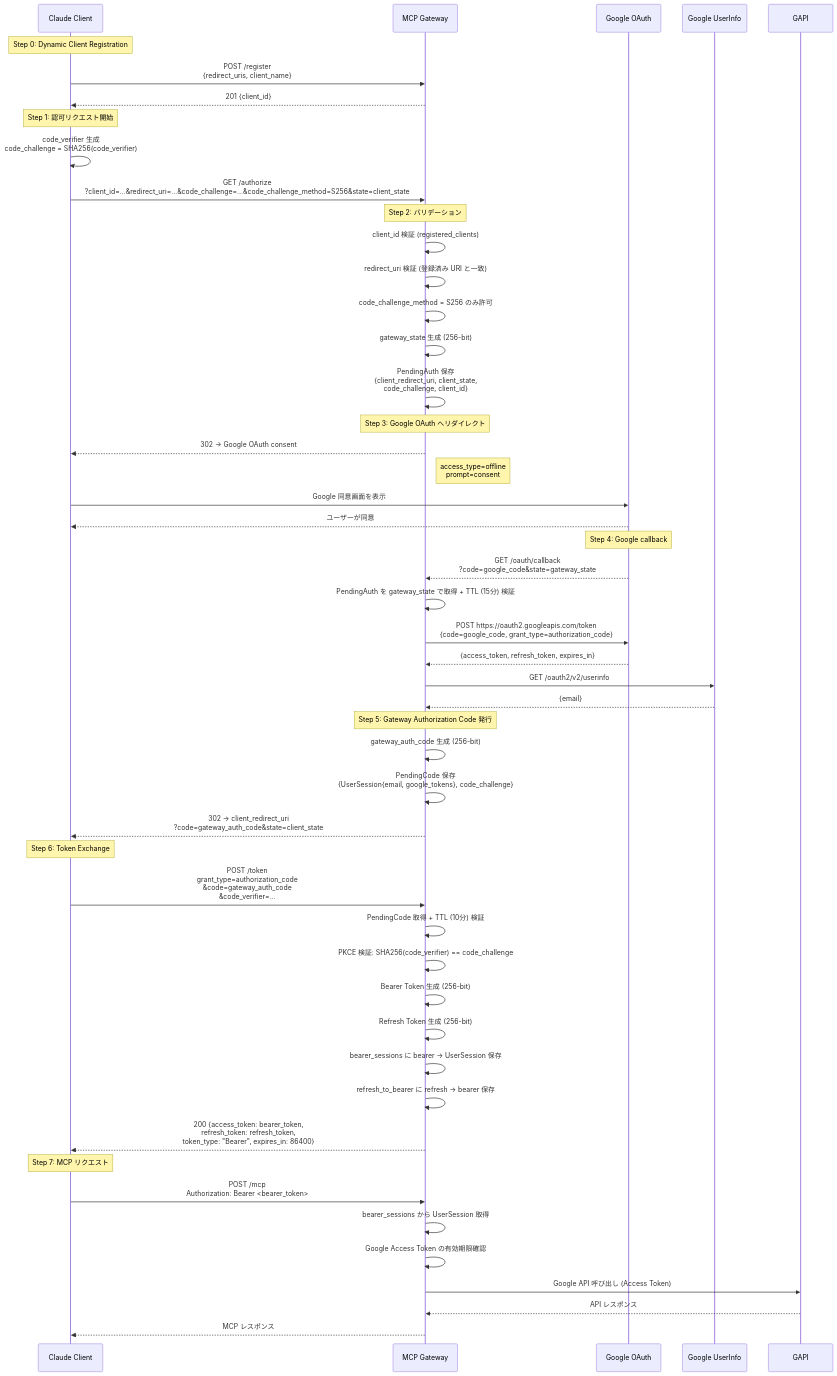
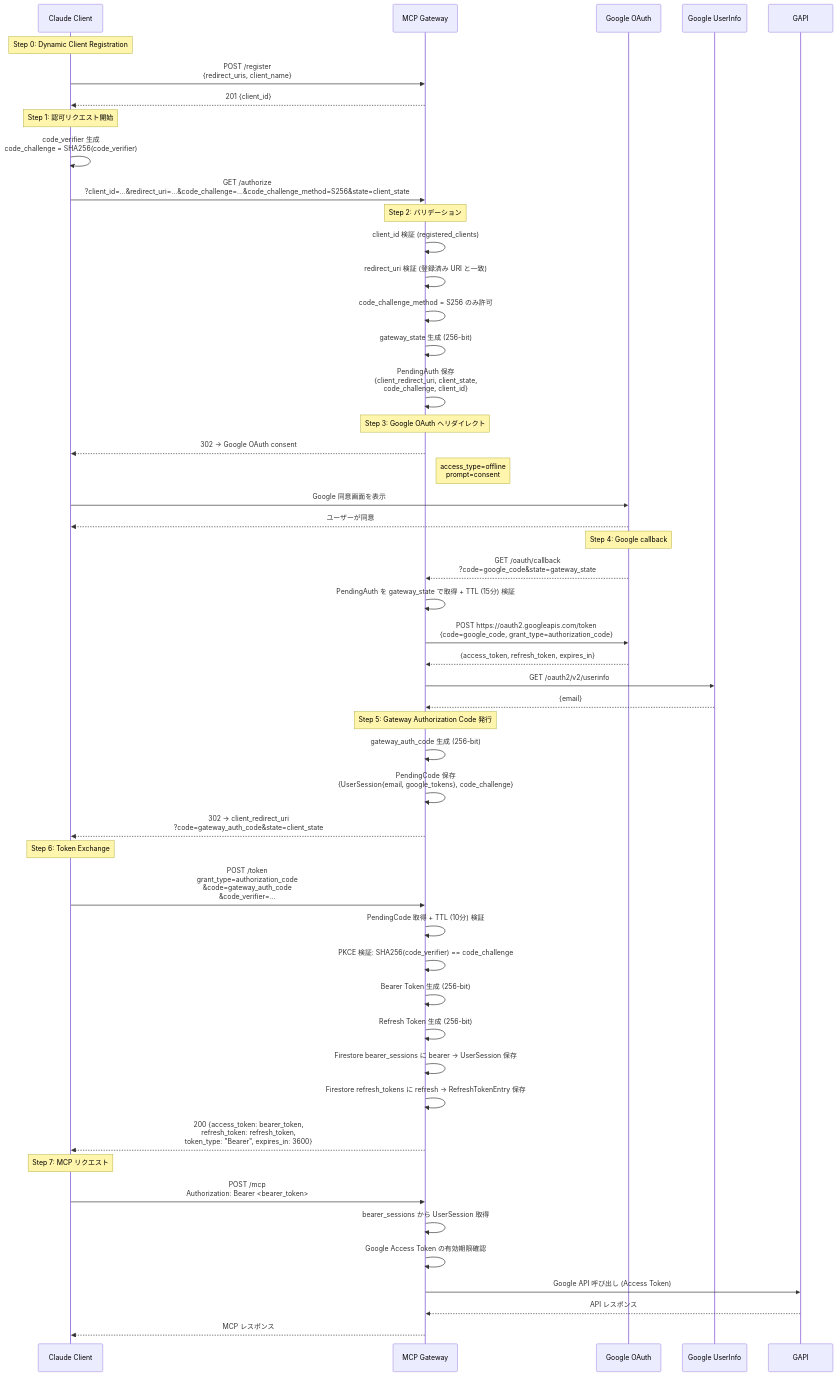
One commit to kushim-team/gws-cli changed the second of 10 diagrams in specs/remote-mcp-gateway/auth-flows.md. Above: the diagram before and after it, drawn with Mermaid. The commit also changed other lines of this file and 2 other files, not shown here.

Commit message:
feat: implement stateless architecture with Firestore migration and independent TTL for refresh tokens

````diff
--- a/specs/remote-mcp-gateway/auth-flows.md
+++ b/specs/remote-mcp-gateway/auth-flows.md
@@ -55,65 +58,65 @@
 ```mermaid
 sequenceDiagram
     participant C as Claude Client
     participant G as MCP Gateway
     participant Go as Google OAuth
     participant GU as Google UserInfo
 
     Note over C: Step 0: Dynamic Client Registration
     C->>G: POST /register<br/>{redirect_uris, client_name}
     G-->>C: 201 {client_id}
 
     Note over C: Step 1: 認可リクエスト開始
     C->>C: code_verifier 生成<br/>code_challenge = SHA256(code_verifier)
     C->>G: GET /authorize<br/>?client_id=...&redirect_uri=...&code_challenge=...&code_challenge_method=S256&state=client_state
 
     Note over G: Step 2: バリデーション
     G->>G: client_id 検証 (registered_clients)
     G->>G: redirect_uri 検証 (登録済み URI と一致)
     G->>G: code_challenge_method = S256 のみ許可
     G->>G: gateway_state 生成 (256-bit)
     G->>G: PendingAuth 保存<br/>{client_redirect_uri, client_state,<br/>code_challenge, client_id}
 
     Note over G: Step 3: Google OAuth へリダイレクト
     G-->>C: 302 → Google OAuth consent
     Note right of G: access_type=offline<br/>prompt=consent
 
     C->>Go: Google 同意画面を表示
     Go-->>C: ユーザーが同意
 
     Note over Go: Step 4: Google callback
     Go-->>G: GET /oauth/callback<br/>?code=google_code&state=gateway_state
 
     G->>G: PendingAuth を gateway_state で取得 + TTL (15分) 検証
     G->>Go: POST https://oauth2.googleapis.com/token<br/>{code=google_code, grant_type=authorization_code}
     Go-->>G: {access_token, refresh_token, expires_in}
 
     G->>GU: GET /oauth2/v2/userinfo
     GU-->>G: {email}
 
     Note over G: Step 5: Gateway Authorization Code 発行
     G->>G: gateway_auth_code 生成 (256-bit)
     G->>G: PendingCode 保存<br/>{UserSession{email, google_tokens}, code_challenge}
 
     G-->>C: 302 → client_redirect_uri<br/>?code=gateway_auth_code&state=client_state
 
     Note over C: Step 6: Token Exchange
     C->>G: POST /token<br/>grant_type=authorization_code<br/>&code=gateway_auth_code<br/>&code_verifier=...
 
     G->>G: PendingCode 取得 + TTL (10分) 検証
     G->>G: PKCE 検証: SHA256(code_verifier) == code_challenge
     G->>G: Bearer Token 生成 (256-bit)
     G->>G: Refresh Token 生成 (256-bit)
-    G->>G: bearer_sessions に bearer → UserSession 保存
-    G->>G: refresh_to_bearer に refresh → bearer 保存
+    G->>G: Firestore bearer_sessions に bearer → UserSession 保存
+    G->>G: Firestore refresh_tokens に refresh → RefreshTokenEntry 保存
 
-    G-->>C: 200 {access_token: bearer_token,<br/>refresh_token: refresh_token,<br/>token_type: "Bearer", expires_in: 86400}
+    G-->>C: 200 {access_token: bearer_token,<br/>refresh_token: refresh_token,<br/>token_type: "Bearer", expires_in: 3600}
 
     Note over C: Step 7: MCP リクエスト
     C->>G: POST /mcp<br/>Authorization: Bearer <bearer_token>
     G->>G: bearer_sessions から UserSession 取得
     G->>G: Google Access Token の有効期限確認
     G->>GAPI: Google API 呼び出し (Access Token)
     GAPI-->>G: API レスポンス
     G-->>C: MCP レスポンス
 ```
````
